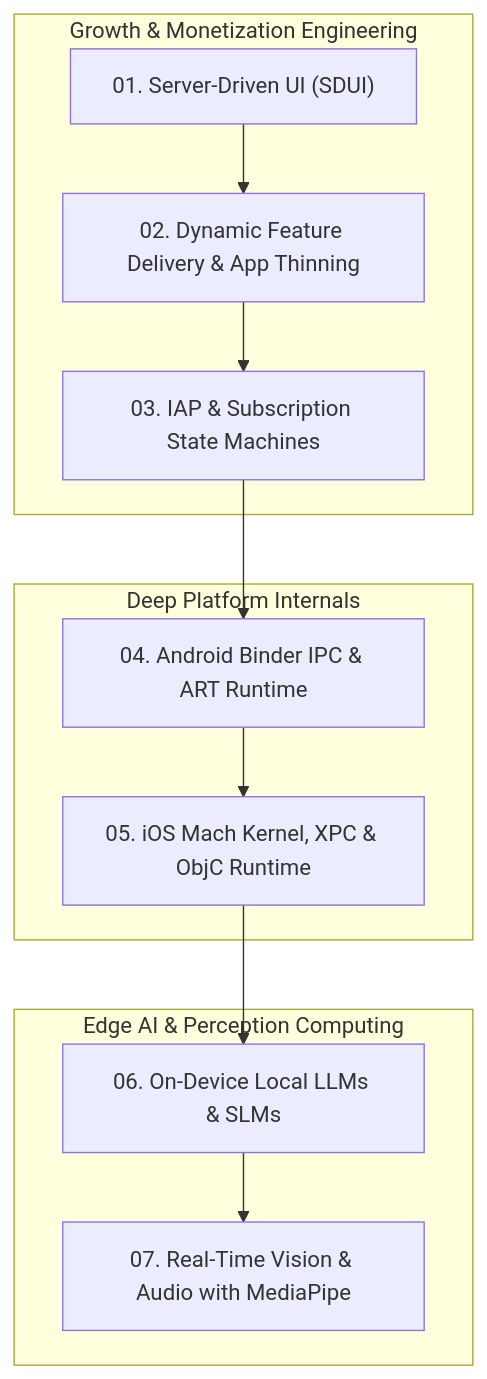
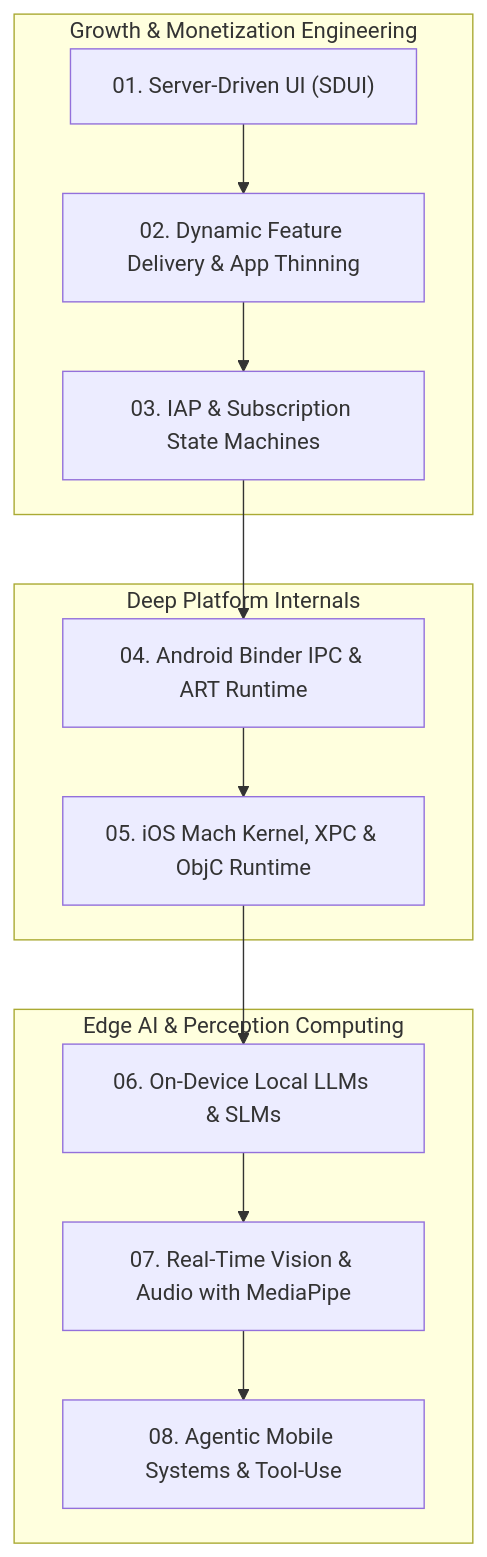
The diagram in engineering/growth-and-internals/README.md (vennamprasad/awesome-mobile-interviews), drawn with Mermaid before and after one commit. The commit also changed other lines of this file and 3 other files, not shown here.

Commit message:
feat(agentic-systems): add on-device function calling, SLM tool-use, and multi-modal agent workflows

````diff
--- a/engineering/growth-and-internals/README.md
+++ b/engineering/growth-and-internals/README.md
@@ -9,18 +9,19 @@
 ```mermaid
 graph TD
     subgraph S1["Growth & Monetization Engineering"]
         G1["01. Server-Driven UI (SDUI)"] --> G2["02. Dynamic Feature Delivery & App Thinning"]
         G2 --> G3["03. IAP & Subscription State Machines"]
     end
 
     subgraph S2["Deep Platform Internals"]
         I1["04. Android Binder IPC & ART Runtime"] --> I2["05. iOS Mach Kernel, XPC & ObjC Runtime"]
     end
 
     subgraph S3["Edge AI & Perception Computing"]
         AI1["06. On-Device Local LLMs & SLMs"] --> AI2["07. Real-Time Vision & Audio with MediaPipe"]
+        AI2 --> AI3["08. Agentic Mobile Systems & Tool-Use"]
     end
 
     G3 --> I1
     I2 --> AI1
 ```
````
